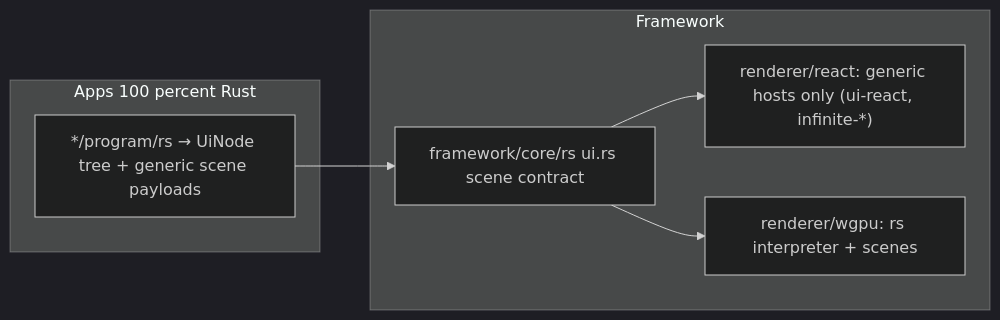
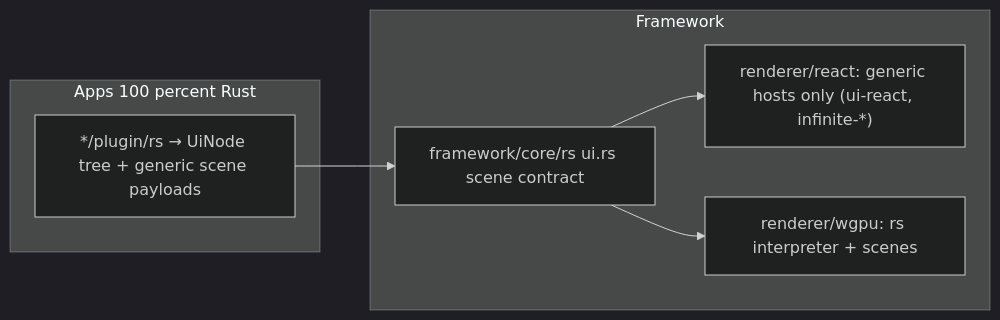
One commit to usalu/semio changed the diagram in .cursor/plans/rust-only_apps_migration_861de551.plan.md. Above: the diagram before and after it, drawn with Mermaid (dark theme). The commit also changed other lines of this file and 663 other files, not shown here.

````diff
--- a/.cursor/plans/rust-only_apps_migration_861de551.plan.md
+++ b/.cursor/plans/rust-only_apps_migration_861de551.plan.md
@@ -46,13 +46,13 @@
 ```mermaid
 flowchart LR
   subgraph apps [Apps 100 percent Rust]
-    Plugin["*/program/rs → UiNode tree + generic scene payloads"]
+    Plugin["*/plugin/rs → UiNode tree + generic scene payloads"]
   end
   subgraph fw [Framework]
     Core["framework/core/rs ui.rs scene contract"]
     ReactR["renderer/react: generic hosts only (ui-react, infinite-*)"]
     WgpuR["renderer/wgpu: rs interpreter + scenes"]
   end
   Plugin --> Core --> ReactR
   Core --> WgpuR
 ```
````
